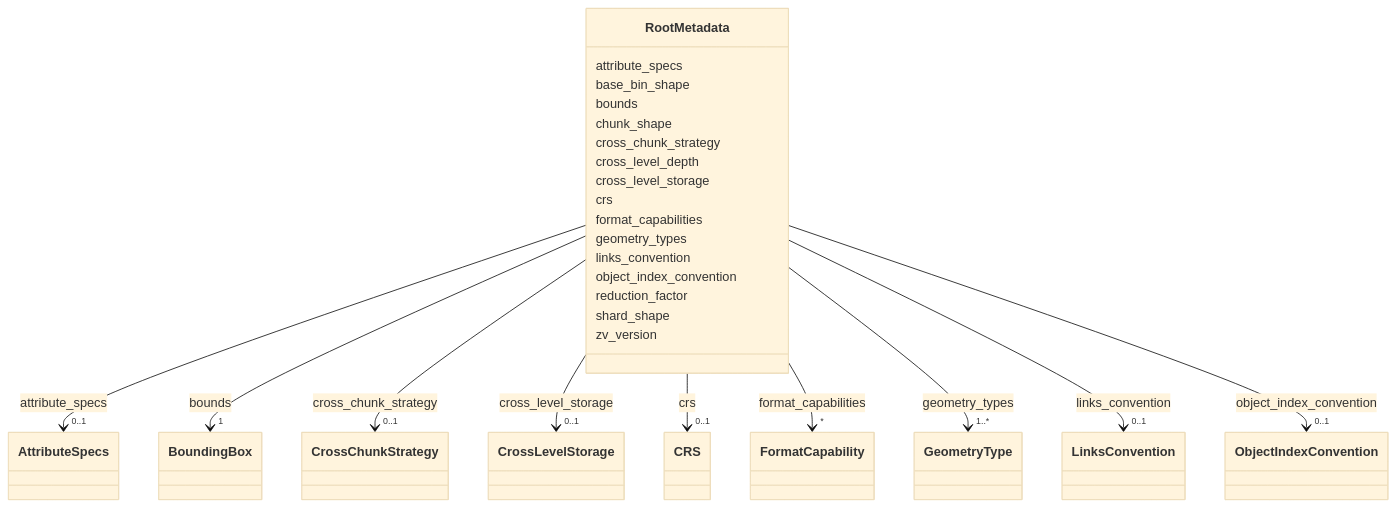
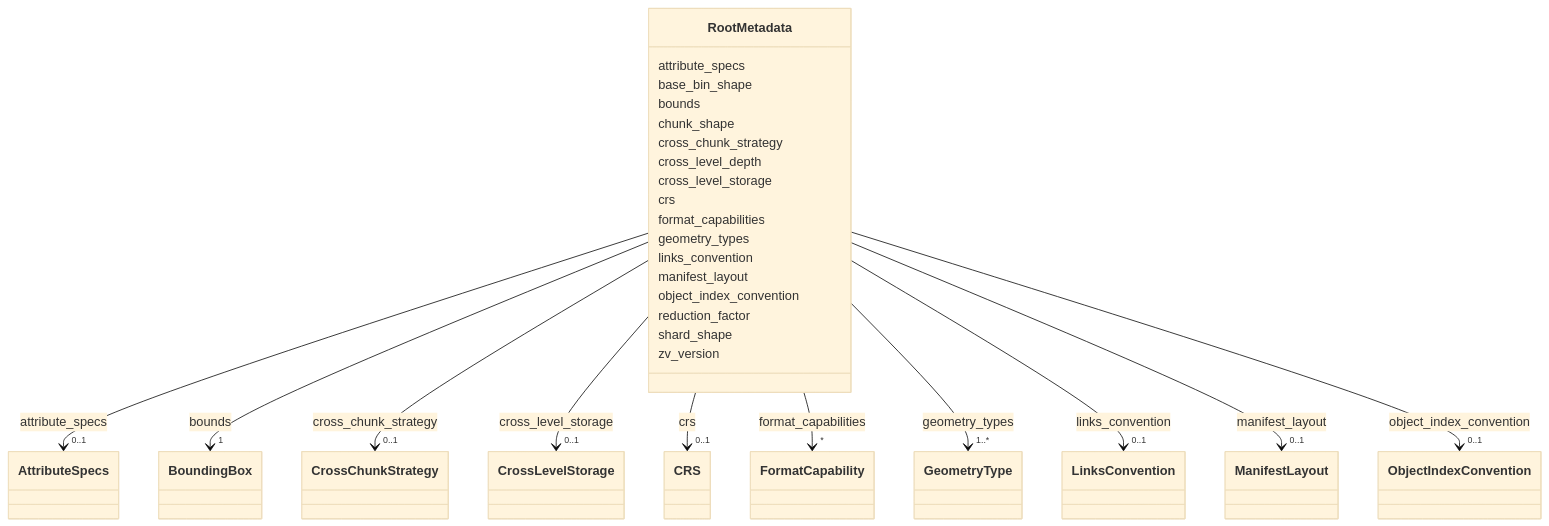
One commit to AllenInstitute/zarr-vectors-py changed diagram 17 of 18 in schema/reference.md. Above: the diagram before and after it, drawn with Mermaid (base theme). The commit also changed other lines of this file and 25 other files, not shown here.

```diff
--- a/schema/reference.md
+++ b/schema/reference.md
@@ -9510,6 +5738,17 @@
     
 
         
+      RootMetadata : manifest_layout
+        
+          
+    
+        
+        
+        RootMetadata --> "0..1" ManifestLayout : manifest_layout
+        click ManifestLayout href "../ManifestLayout/"
+    
+
+        
       RootMetadata : object_index_convention
         
           
```
